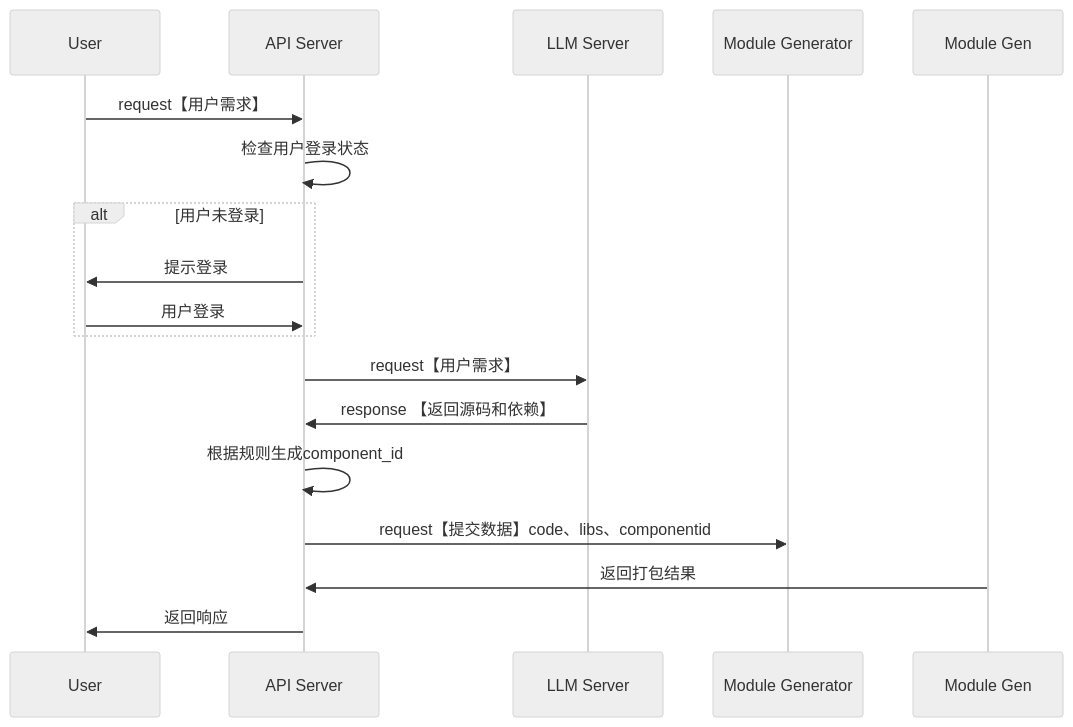
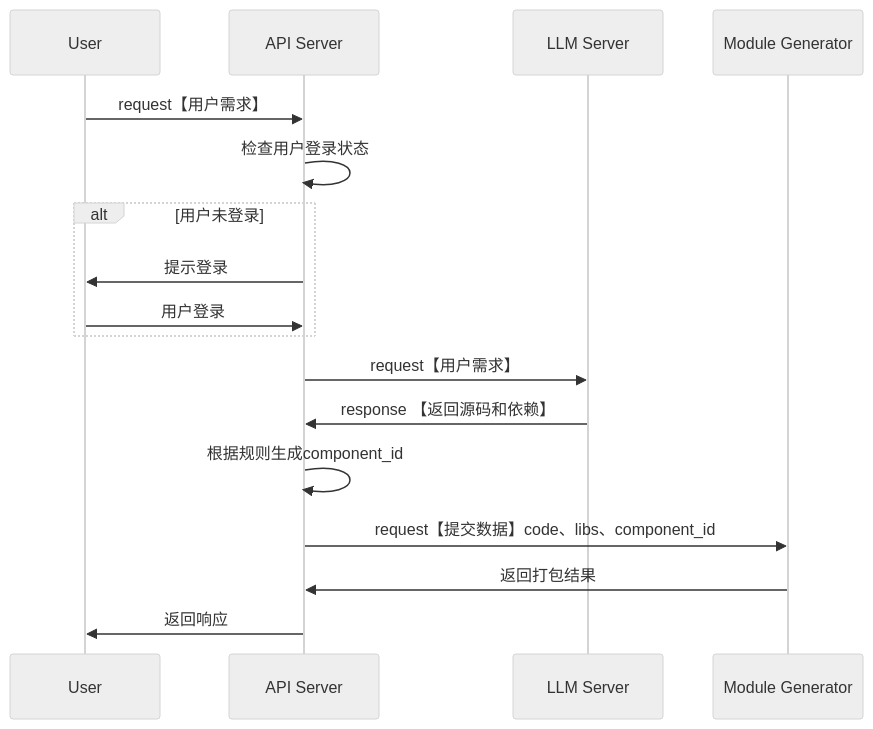
One commit to yingjianzh/iodraw-files changed the diagram in all/未命名-7.md. Above: the diagram before and after it, drawn with Mermaid (neutral theme).

Commit message:
2024-10-08 15:41:26 update

````diff
--- a/all/未命名-7.md
+++ b/all/未命名-7.md
@@ -1,23 +1,23 @@
 ```mermaid
 sequenceDiagram
     participant User
     participant API Server
     participant LLM Server
     participant Module Generator
 
     User->>API Server: request【用户需求】
     API Server->>API Server: 检查用户登录状态
     alt 用户未登录
         API Server->>User: 提示登录
         User->>API Server: 用户登录
     end
 
     API Server->>LLM Server: request【用户需求】
     LLM Server->>API Server: response 【返回源码和依赖】
     API Server->>API Server: 根据规则生成component_id
-    API Server->>Module Generator: request【提交数据】code、libs、componentid
-    Module Gen->>API Server: 返回打包结果
+    API Server->>Module Generator: request【提交数据】code、libs、component_id
+    Module Generator->>API Server: 返回打包结果
 
     API Server->>User: 返回响应
 
 ```
````
